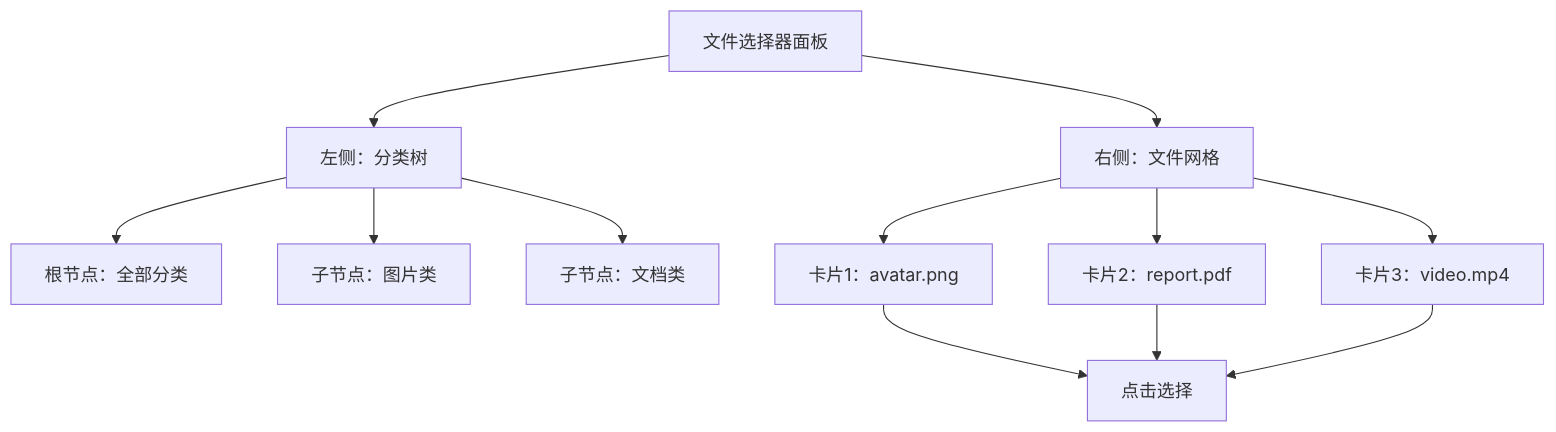
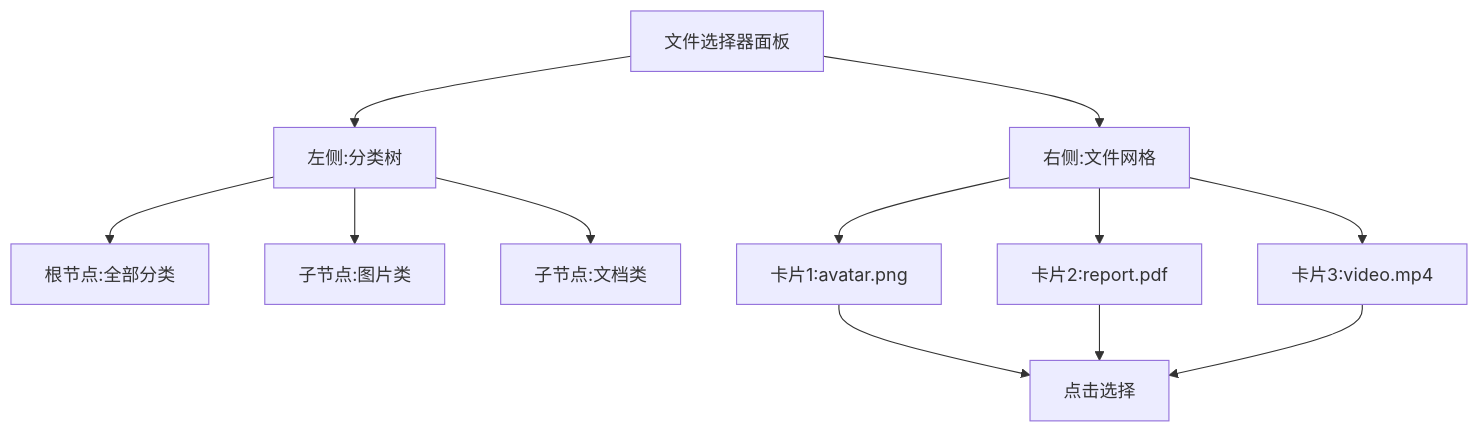
One commit to lele0124/qqgva changed the second of 2 diagrams in .qoder/repowiki/zh/content/前端架构/组件体系/基础组件/文件选择器 (selectFile).md. Above: the diagram before and after it, drawn with Mermaid. The commit also changed other lines of this file and 353 other files, not shown here.

````diff
--- a/.qoder/repowiki/zh/content/前端架构/组件体系/基础组件/文件选择器 (selectFile).md
+++ b/.qoder/repowiki/zh/content/前端架构/组件体系/基础组件/文件选择器 (selectFile).md
@@ -123,14 +123,14 @@
 ```mermaid
 graph TB
-A[文件选择器面板] --> B[左侧：分类树]
-A --> C[右侧：文件网格]
-B --> D[根节点：全部分类]
-B --> E[子节点：图片类]
-B --> F[子节点：文档类]
-C --> G[卡片1：avatar.png]
-C --> H[卡片2：report.pdf]
-C --> I[卡片3：video.mp4]
+A[文件选择器面板] --> B[左侧:分类树]
+A --> C[右侧:文件网格]
+B --> D[根节点:全部分类]
+B --> E[子节点:图片类]
+B --> F[子节点:文档类]
+C --> G[卡片1:avatar.png]
+C --> H[卡片2:report.pdf]
+C --> I[卡片3:video.mp4]
 G --> J[点击选择]
 H --> J
 I --> J
 ```
````
